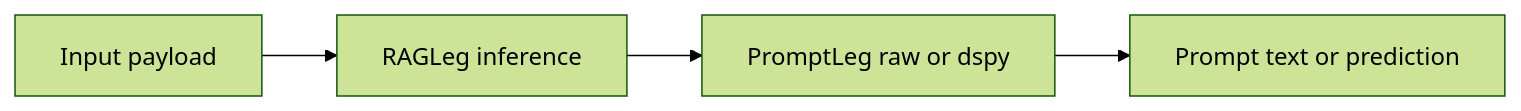
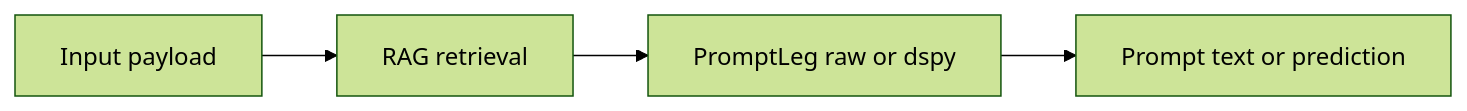
Before and after one commit to GabrielBarberini/llm-tripod: the second of 3 diagrams in FLOW_OF_INFORMATION.md, drawn with Mermaid (forest theme). The commit also changed other lines of this file and 21 other files, not shown here.

````diff
--- a/FLOW_OF_INFORMATION.md
+++ b/FLOW_OF_INFORMATION.md
@@ -21,6 +21,6 @@
 ```mermaid
 flowchart LR
-  Input[Input payload] --> RAG[RAGLeg inference]
+  Input[Input payload] --> RAG[RAG retrieval]
   RAG --> Prompt[PromptLeg raw or dspy]
   Prompt --> Output[Prompt text or prediction]
 ```
````
